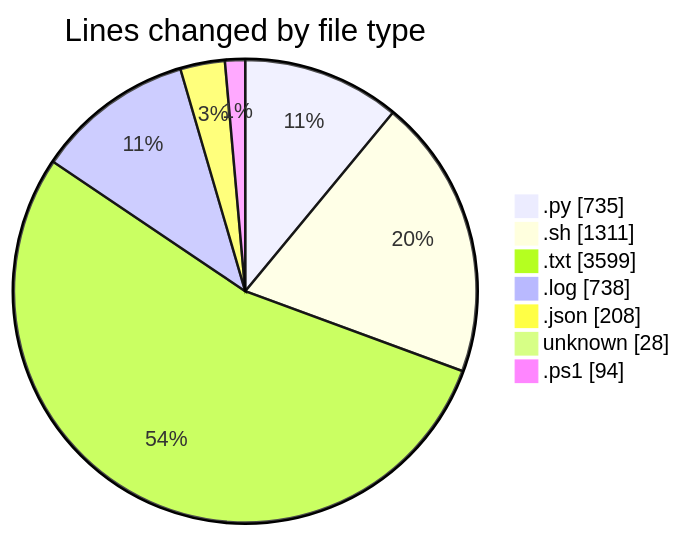
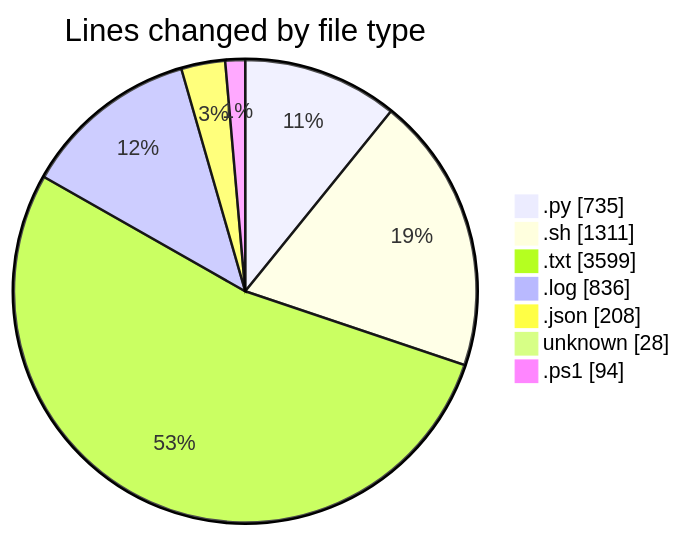
Before and after one commit to Unknowalive/code-tracking: the first of 2 diagrams in 2026-04-11/scripting_workshop/README.md, drawn with Mermaid. The commit also changed other lines of this file and 1 other file, not shown here.

````diff
--- a/2026-04-11/scripting_workshop/README.md
+++ b/2026-04-11/scripting_workshop/README.md
@@ -49,11 +49,11 @@
 ```mermaid
 pie showData
 title Lines changed by file type
 ".py" : 735
 ".sh" : 1311
 ".txt" : 3599
-".log" : 738
+".log" : 836
 ".json" : 208
 "unknown" : 28
 ".ps1" : 94
 ```
````
